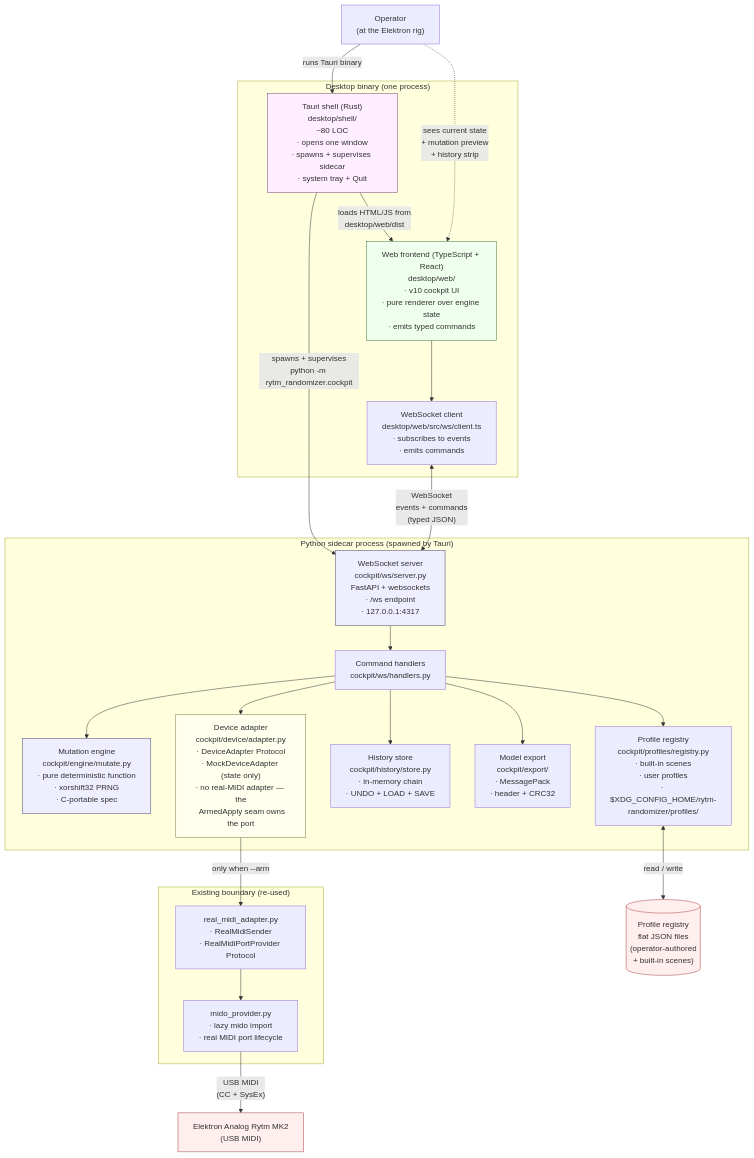
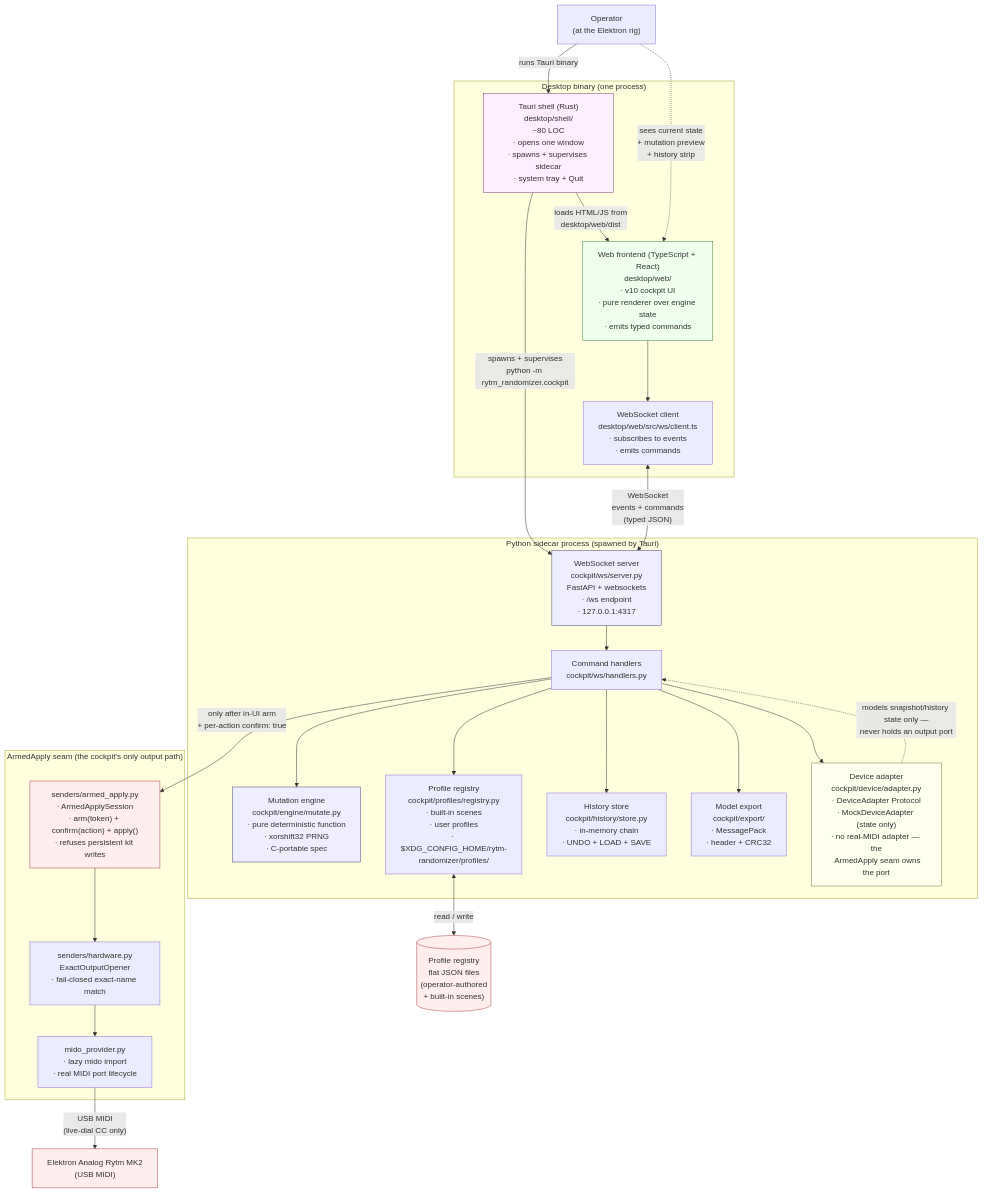
One commit to buzzijose-hub/RytmRandomizer changed diagram 27 of 34 in docs/ARCHITECTURE_DIAGRAMS.md. Above: the diagram before and after it, drawn with Mermaid. The commit also changed other lines of this file and 65 other files, not shown here.

````diff
--- a/docs/ARCHITECTURE_DIAGRAMS.md
+++ b/docs/ARCHITECTURE_DIAGRAMS.md
@@ -2032,57 +2049,61 @@
 ```mermaid
 flowchart TB
     Operator["Operator<br/>(at the Elektron rig)"]
 
     subgraph Desktop["Desktop binary (one process)"]
         TauriShell["Tauri shell (Rust)<br/>desktop/shell/<br/>~80 LOC<br/>· opens one window<br/>· spawns + supervises sidecar<br/>· system tray + Quit"]
         WebFrontend["Web frontend (TypeScript + React)<br/>desktop/web/<br/>· v10 cockpit UI<br/>· pure renderer over engine state<br/>· emits typed commands"]
         WSClient["WebSocket client<br/>desktop/web/src/ws/client.ts<br/>· subscribes to events<br/>· emits commands"]
     end
 
     subgraph Sidecar["Python sidecar process (spawned by Tauri)"]
         WSServer["WebSocket server<br/>cockpit/ws/server.py<br/>FastAPI + websockets<br/>· /ws endpoint<br/>· 127.0.0.1:4317"]
         Handlers["Command handlers<br/>cockpit/ws/handlers.py"]
         Engine["Mutation engine<br/>cockpit/engine/mutate.py<br/>· pure deterministic function<br/>· xorshift32 PRNG<br/>· C-portable spec"]
         Profiles["Profile registry<br/>cockpit/profiles/registry.py<br/>· built-in scenes<br/>· user profiles<br/>· $XDG_CONFIG_HOME/rytm-randomizer/profiles/"]
         History["History store<br/>cockpit/history/store.py<br/>· in-memory chain<br/>· UNDO + LOAD + SAVE"]
         Export["Model export<br/>cockpit/export/<br/>· MessagePack<br/>· header + CRC32"]
         DeviceAdapter["Device adapter<br/>cockpit/device/adapter.py<br/>· DeviceAdapter Protocol<br/>· MockDeviceAdapter (state only)<br/>· no real-MIDI adapter — the<br/>  ArmedApply seam owns the port"]
     end
 
-    subgraph ExistingBoundary["Existing boundary (re-used)"]
+    subgraph ArmedSeam["ArmedApply seam (the cockpit's only output path)"]
+        ArmedApply["senders/armed_apply.py<br/>· ArmedApplySession<br/>· arm(token) + confirm(action) + apply()<br/>· refuses persistent kit writes"]
+        ExactOpener["senders/hardware.py<br/>ExactOutputOpener<br/>· fail-closed exact-name match"]
         MidoProvider["mido_provider.py<br/>· lazy mido import<br/>· real MIDI port lifecycle"]
-        RealAdapter["real_midi_adapter.py<br/>· RealMidiSender<br/>· RealMidiPortProvider Protocol"]
     end
 
     Rytm["Elektron Analog Rytm MK2<br/>(USB MIDI)"]
     Disk[("Profile registry<br/>flat JSON files<br/>(operator-authored<br/>+ built-in scenes)")]
 
     Operator -->|"runs Tauri binary"| TauriShell
     TauriShell -->|"spawns + supervises<br/>python -m rytm_randomizer.cockpit"| WSServer
     TauriShell -->|"loads HTML/JS from<br/>desktop/web/dist"| WebFrontend
     WebFrontend --> WSClient
 
     WSClient <-->|"WebSocket<br/>events + commands<br/>(typed JSON)"| WSServer
     WSServer --> Handlers
     Handlers --> Engine
     Handlers --> Profiles
     Handlers --> History
     Handlers --> DeviceAdapter
     Handlers --> Export
 
     Profiles <-->|"read / write"| Disk
 
-    DeviceAdapter -->|"only when --arm"| RealAdapter
-    RealAdapter --> MidoProvider
-    MidoProvider -->|"USB MIDI<br/>(CC + SysEx)"| Rytm
+    Handlers -->|"only after in-UI arm<br/>+ per-action confirm: true"| ArmedApply
+    DeviceAdapter -. "models snapshot/history state only —<br/>never holds an output port" .-> Handlers
+    ArmedApply --> ExactOpener
+    ExactOpener --> MidoProvider
+    MidoProvider -->|"USB MIDI<br/>(live-dial CC only)"| Rytm
 
     Operator -. "sees current state<br/>+ mutation preview<br/>+ history strip" .-> WebFrontend
 
     style TauriShell fill:#fef,stroke:#747
     style WebFrontend fill:#efe,stroke:#474
     style WSServer fill:#eef,stroke:#447
     style Engine fill:#eef,stroke:#447
     style DeviceAdapter fill:#ffe,stroke:#774
+    style ArmedApply fill:#fee,stroke:#a44
     style Rytm fill:#fee,stroke:#a44
     style Disk fill:#fee,stroke:#a44
 ```
````
